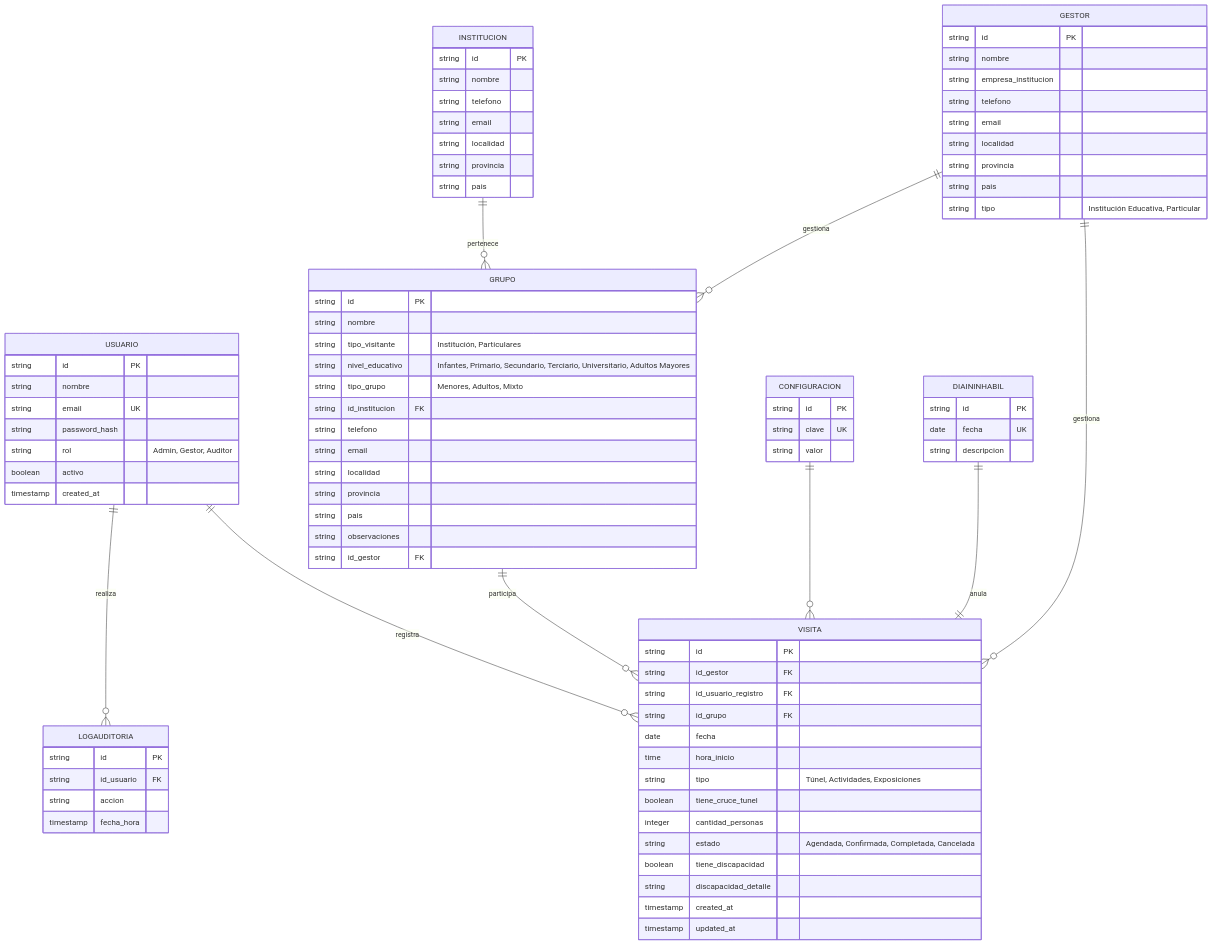
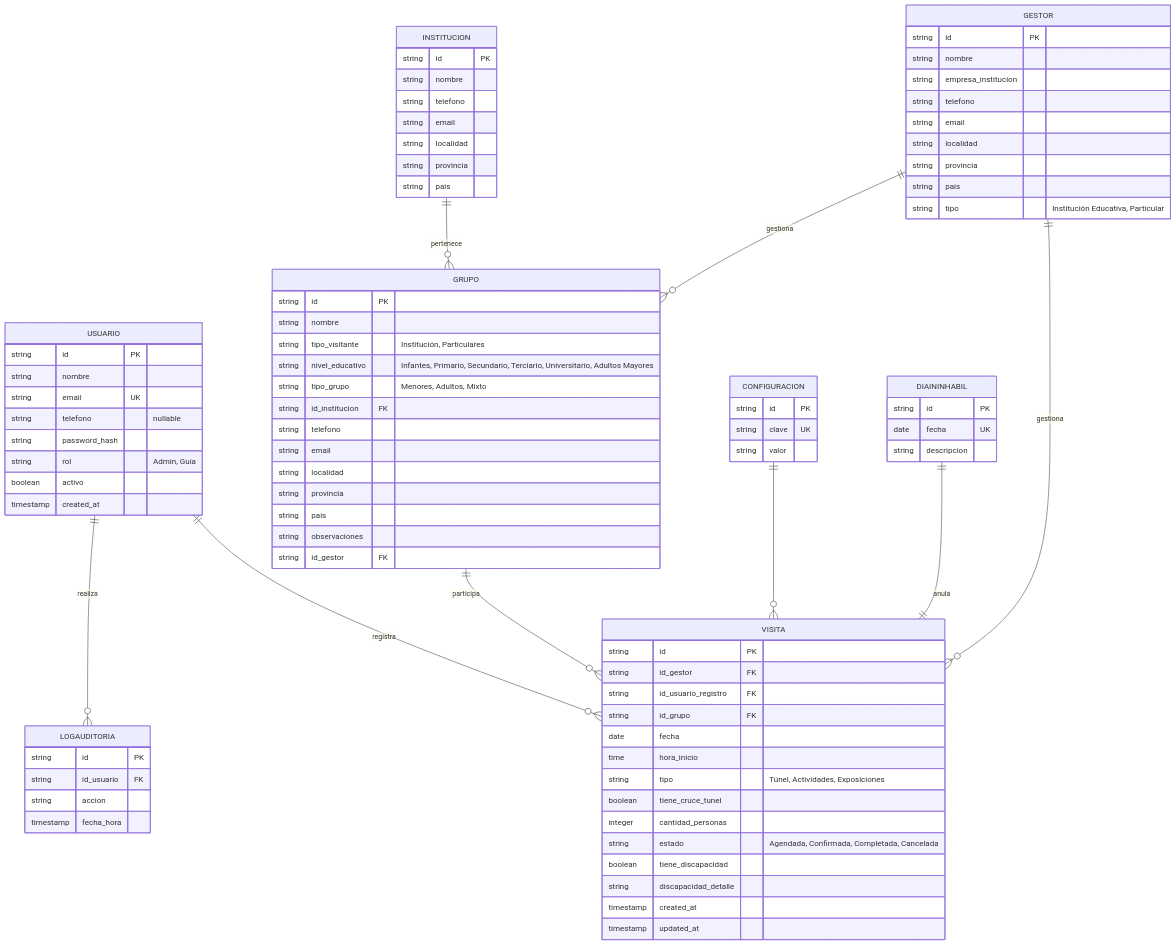
Before and after one commit to JuanM84/gestor-visitas: the diagram in BD_ESTRUCTURA.md, drawn with Mermaid. The commit also changed other lines of this file and 4 other files, not shown here.

```diff
--- a/BD_ESTRUCTURA.md
+++ b/BD_ESTRUCTURA.md
@@ -17,8 +17,9 @@
         string id PK
         string nombre
         string email UK
+        string telefono "nullable"
         string password_hash
-        string rol "Admin, Gestor, Auditor"
+        string rol "Admin, Guía"
         boolean activo
         timestamp created_at
     }
```
